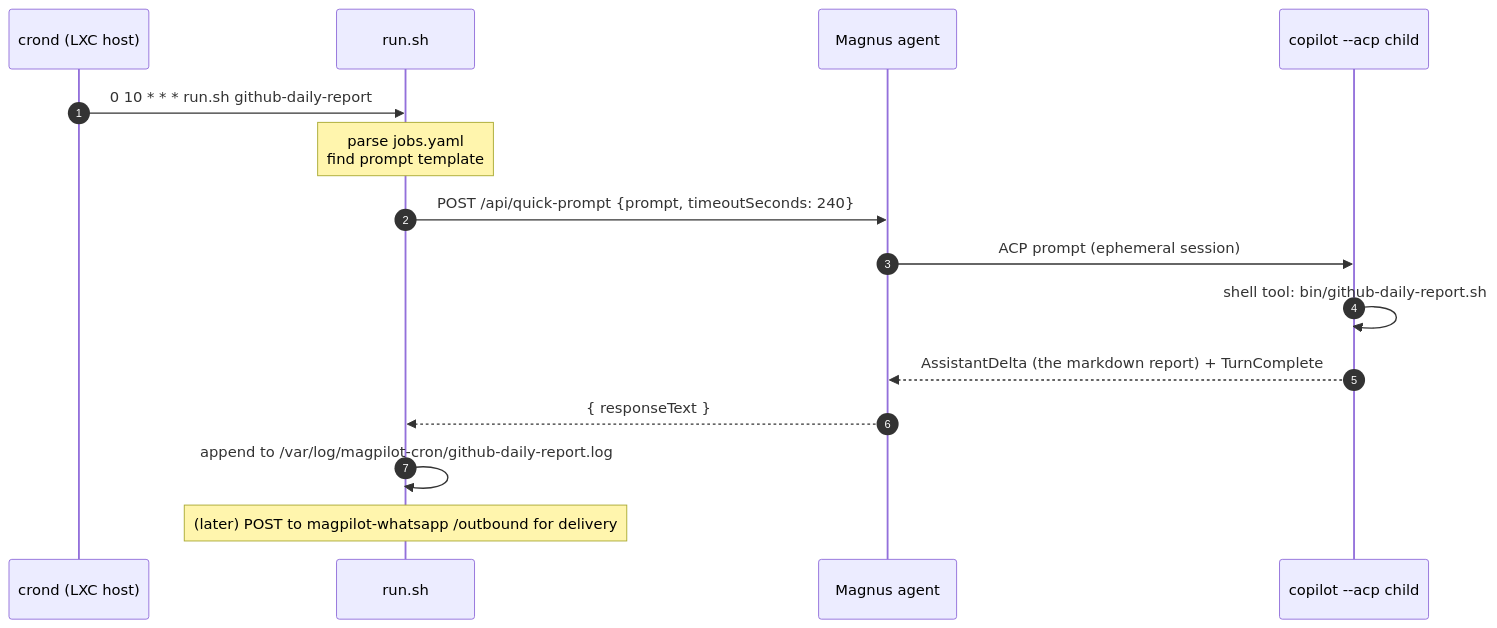
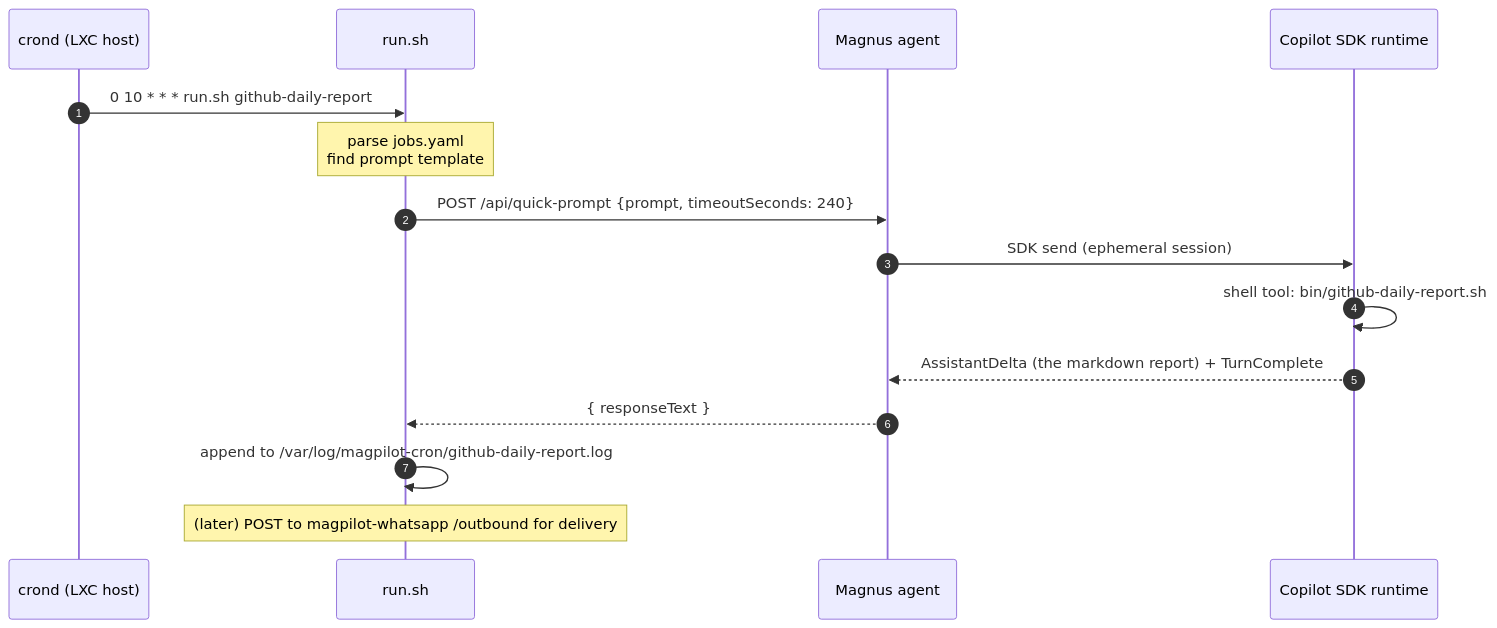
The third of 3 diagrams in docs/architecture.md (chsienki/magpilot), drawn with Mermaid before and after one commit. The commit also changed other lines of this file and 60 other files, not shown here.

First line of the commit message:
Retire ACP and use the Copilot SDK exclusively

````diff
--- a/docs/architecture.md
+++ b/docs/architecture.md
@@ -727,18 +649,18 @@
 ```mermaid
 sequenceDiagram
     autonumber
     participant K as crond (LXC host)
     participant R as run.sh
     participant A as Magnus agent
-    participant C as copilot --acp child
+    participant C as Copilot SDK runtime
 
     K->>R: 0 10 * * * run.sh github-daily-report
     Note over R: parse jobs.yaml<br/>find prompt template
     R->>A: POST /api/quick-prompt {prompt, timeoutSeconds: 240}
-    A->>C: ACP prompt (ephemeral session)
+    A->>C: SDK send (ephemeral session)
     C->>C: shell tool: bin/github-daily-report.sh
     C-->>A: AssistantDelta (the markdown report) + TurnComplete
     A-->>R: { responseText }
     R->>R: append to /var/log/magpilot-cron/github-daily-report.log
     Note over R: (later) POST to magpilot-whatsapp /outbound for delivery
 ```
````
